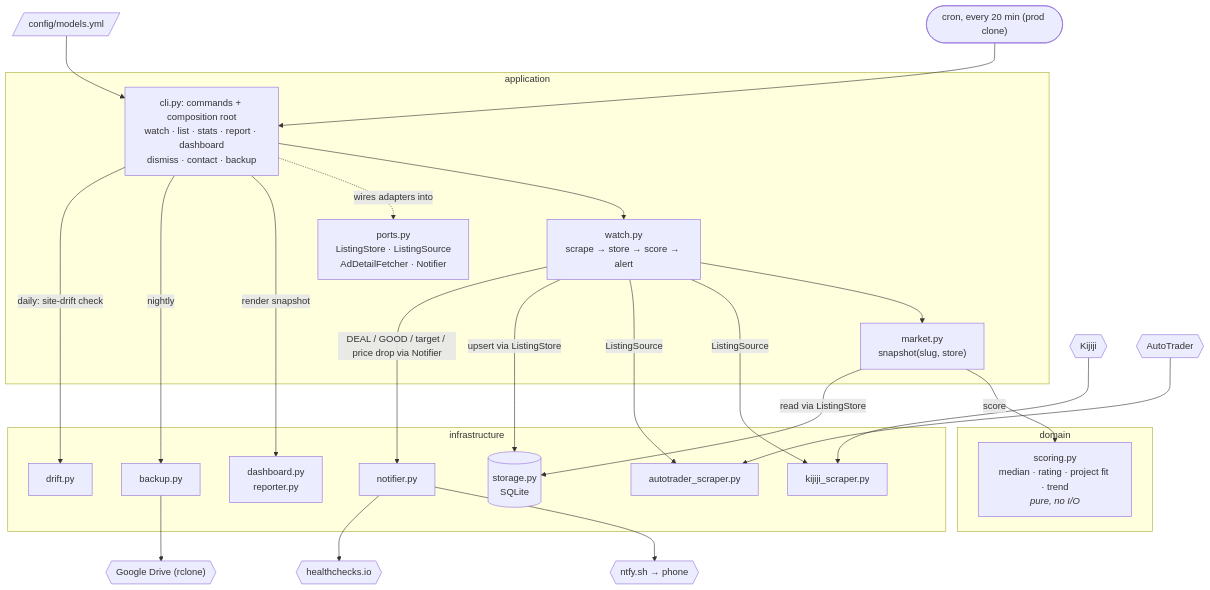
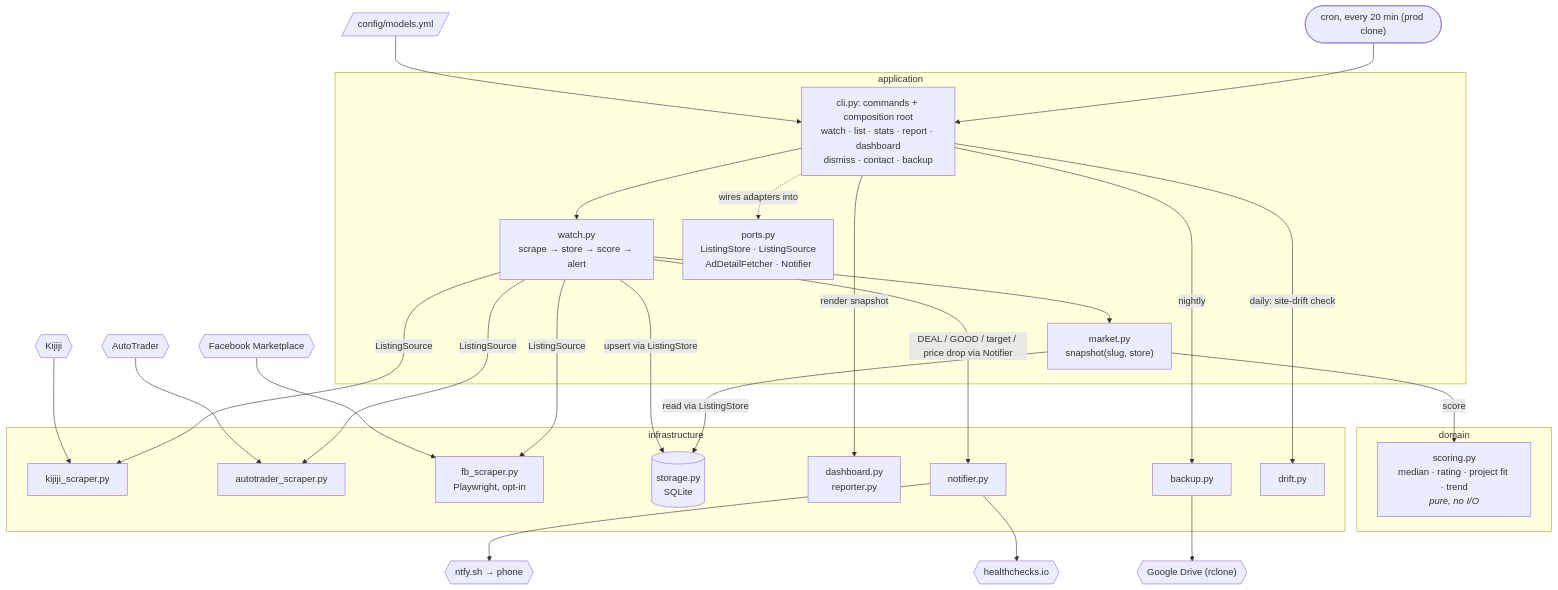
One commit to adamkwhite/dirtbike-tracker changed the diagram in README.md. Above: the diagram before and after it, drawn with Mermaid. The commit also changed other lines of this file and 9 other files, not shown here.

First line of the commit message:
feat: Facebook Marketplace source via Playwright (#9) (#94)

````diff
--- a/README.md
+++ b/README.md
@@ -10,43 +10,45 @@
 ```mermaid
 flowchart TB
     cron(["cron, every 20 min (prod clone)"]) --> cli
     config[/"config/models.yml"/] --> cli
 
     subgraph application
         cli["cli.py: commands + composition root<br/>watch · list · stats · report · dashboard<br/>dismiss · contact · backup"]
         watch["watch.py<br/>scrape → store → score → alert"]
         market["market.py<br/>snapshot(slug, store)"]
         ports["ports.py<br/>ListingStore · ListingSource<br/>AdDetailFetcher · Notifier"]
         cli --> watch --> market
         cli -.->|wires adapters into| ports
     end
 
     subgraph domain
         scoring["scoring.py<br/>median · rating · project fit · trend<br/><i>pure, no I/O</i>"]
     end
 
     subgraph infrastructure
         kij["kijiji_scraper.py"]
         at["autotrader_scraper.py"]
+        fb["fb_scraper.py<br/>Playwright, opt-in"]
         storage[("storage.py<br/>SQLite")]
         render["dashboard.py<br/>reporter.py"]
         notifier["notifier.py"]
         backup["backup.py"]
         drift["drift.py"]
     end
 
     market -->|score| scoring
     market -->|read via ListingStore| storage
-    watch -->|ListingSource| kij & at
+    watch -->|ListingSource| kij & at & fb
     watch -->|upsert via ListingStore| storage
     cli -->|render snapshot| render
     watch -->|DEAL / GOOD / target / price drop via Notifier| notifier
 
     kijiji{{Kijiji}} --> kij
     autotrader{{AutoTrader}} --> at
+    facebook{{"Facebook Marketplace"}} --> fb
     notifier --> ntfy{{"ntfy.sh → phone"}}
     notifier --> hc{{healthchecks.io}}
     cli -->|nightly| backup
     cli -->|daily: site-drift check| drift
     backup --> drive{{"Google Drive (rclone)"}}
 ```
````
